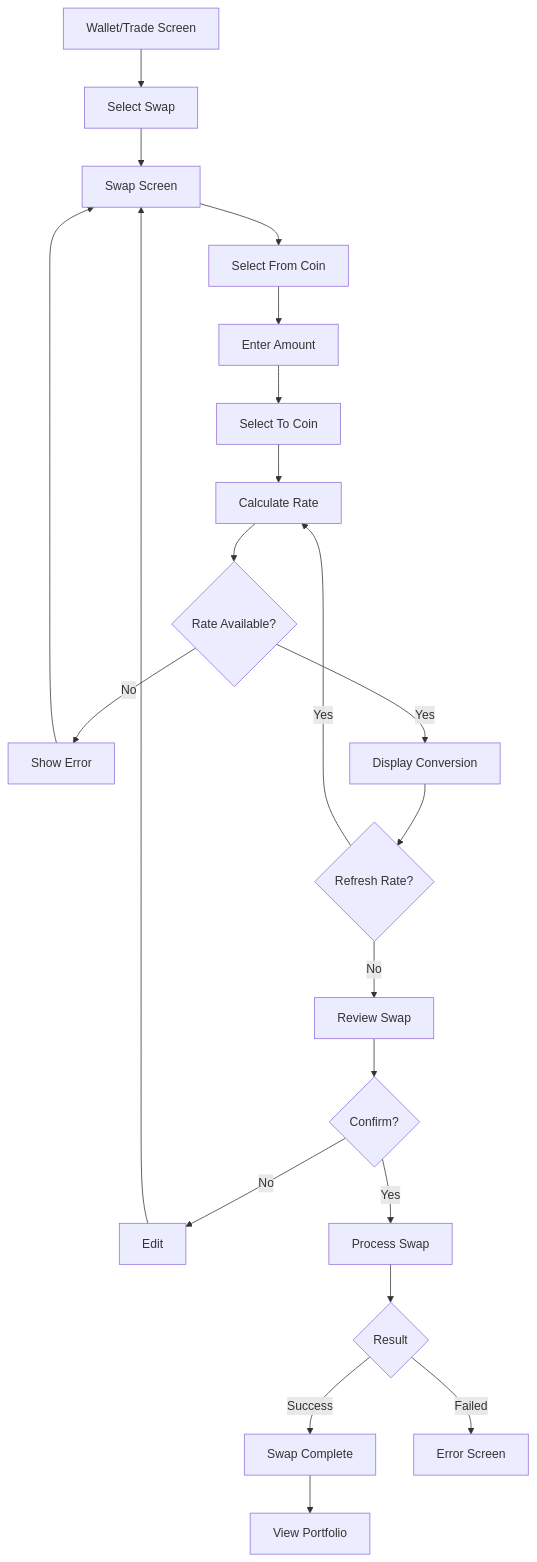
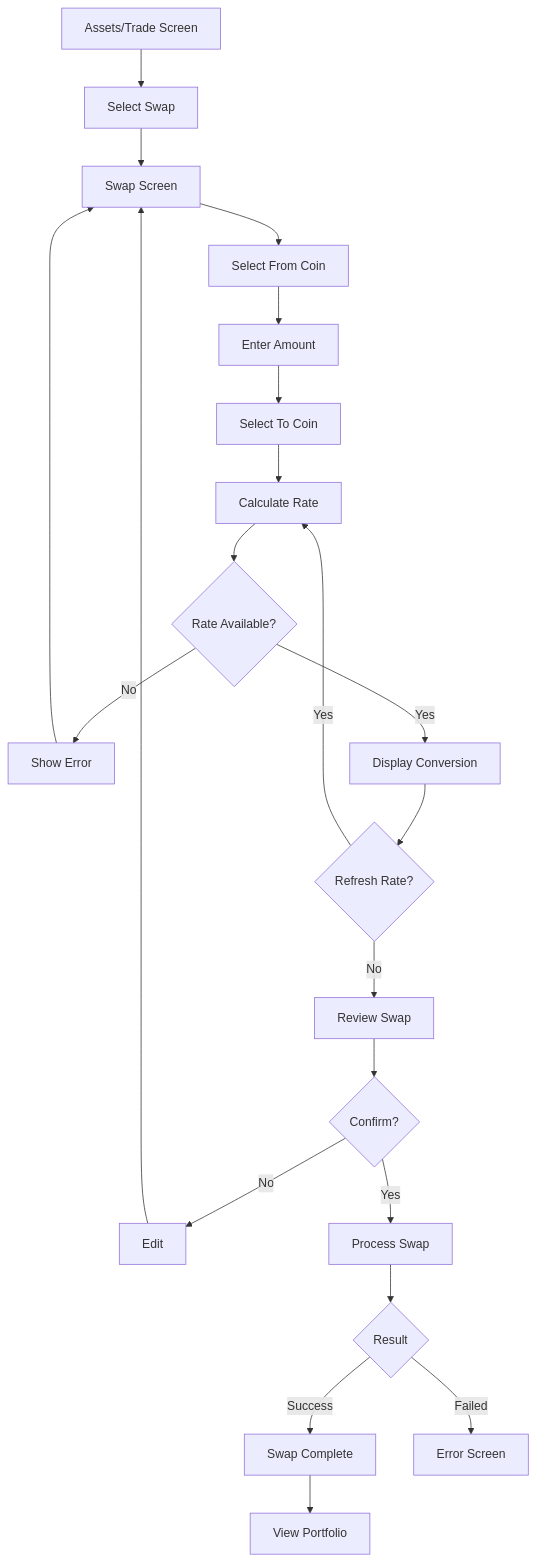
The sixth of 7 diagrams in docs/13-screen-flows-navigation.md (pavan53732/Binance-clone-), drawn with Mermaid before and after one commit. The commit also changed other lines of this file and 5 other files, not shown here.

````diff
--- a/docs/13-screen-flows-navigation.md
+++ b/docs/13-screen-flows-navigation.md
@@ -308,24 +318,24 @@
 ```mermaid
 flowchart TD
-    A[Wallet/Trade Screen] --> B[Select Swap]
+    A[Assets/Trade Screen] --> B[Select Swap]
     B --> C[Swap Screen]
     C --> D[Select From Coin]
     D --> E[Enter Amount]
     E --> F[Select To Coin]
     F --> G[Calculate Rate]
     G --> H{Rate Available?}
     H -->|No| I[Show Error]
     I --> C
     H -->|Yes| J[Display Conversion]
     J --> K{Refresh Rate?}
     K -->|Yes| G
     K -->|No| L[Review Swap]
     L --> M{Confirm?}
     M -->|No| N[Edit]
     N --> C
     M -->|Yes| O[Process Swap]
     O --> P{Result}
     P -->|Success| Q[Swap Complete]
     P -->|Failed| R[Error Screen]
     Q --> S[View Portfolio]
 ```
````
